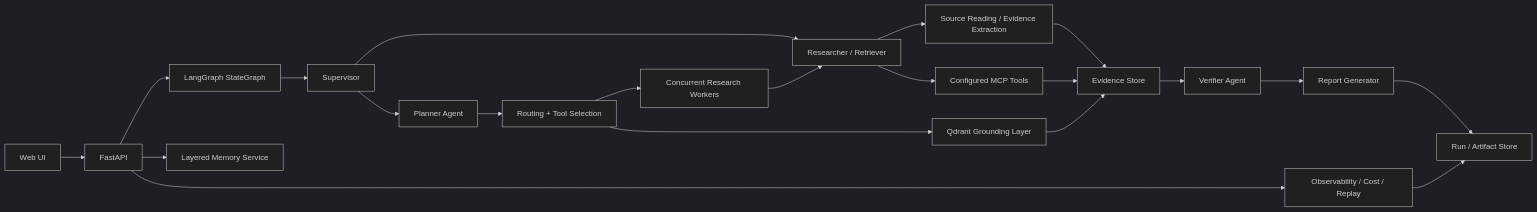
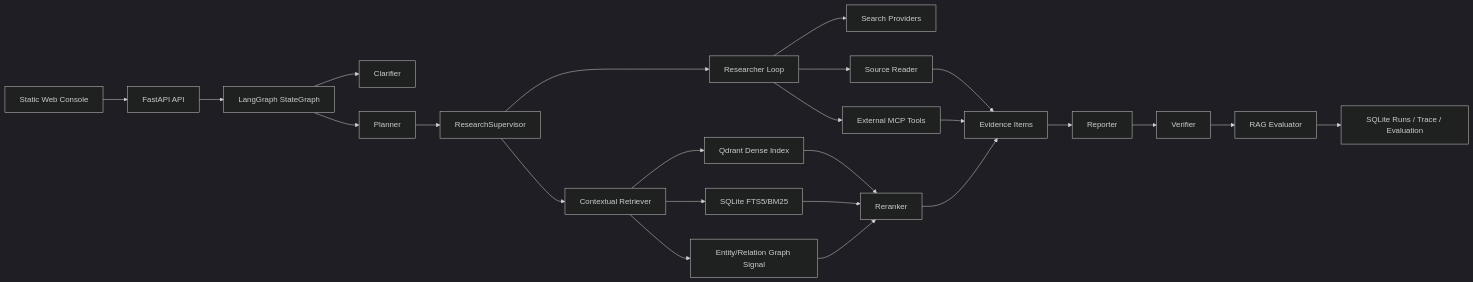
Before and after one commit to tangfire/agentic-research-copilot: the diagram in docs/architecture.md, drawn with Mermaid (dark theme). The commit also changed other lines of this file and 47 other files, not shown here.

````diff
--- a/docs/architecture.md
+++ b/docs/architecture.md
@@ -64,23 +19,26 @@
 ```mermaid
 flowchart LR
-  UI["Web UI"] --> API["FastAPI"]
+  UI["Static Web Console"] --> API["FastAPI API"]
   API --> Graph["LangGraph StateGraph"]
-  Graph --> Supervisor["Supervisor"]
-  Supervisor --> Planner["Planner Agent"]
-  Supervisor --> Research["Researcher / Retriever"]
-  Planner --> Routes["Routing + Tool Selection"]
-  Routes --> ParallelResearch["Concurrent Research Workers"]
-  ParallelResearch --> Research
-  Research --> Reader["Source Reading / Evidence Extraction"]
-  Research --> MCP["Configured MCP Tools"]
-  Routes --> Retriever["Qdrant Grounding Layer"]
-  Reader --> Evidence["Evidence Store"]
+  Graph --> Clarify["Clarifier"]
+  Graph --> Planner["Planner"]
+  Planner --> Supervisor["ResearchSupervisor"]
+  Supervisor --> Researcher["Researcher Loop"]
+  Supervisor --> Retriever["Contextual Retriever"]
+  Researcher --> Web["Search Providers"]
+  Researcher --> Reader["Source Reader"]
+  Researcher --> MCP["External MCP Tools"]
+  Retriever --> Dense["Qdrant Dense Index"]
+  Retriever --> BM25["SQLite FTS5/BM25"]
+  Retriever --> KG["Entity/Relation Graph Signal"]
+  Dense --> Rerank["Reranker"]
+  BM25 --> Rerank
+  KG --> Rerank
+  Reader --> Evidence["Evidence Items"]
   MCP --> Evidence
-  Retriever --> Evidence
-  Evidence --> Verifier["Verifier Agent"]
-  Verifier --> Reporter["Report Generator"]
-  Reporter --> Storage["Run / Artifact Store"]
-  API --> Memory["Layered Memory Service"]
-  API --> Obs["Observability / Cost / Replay"]
-  Obs --> Storage
+  Rerank --> Evidence
+  Evidence --> Reporter["Reporter"]
+  Reporter --> Verifier["Verifier"]
+  Verifier --> Eval["RAG Evaluator"]
+  Eval --> Storage["SQLite Runs / Trace / Evaluation"]
 ```
````
